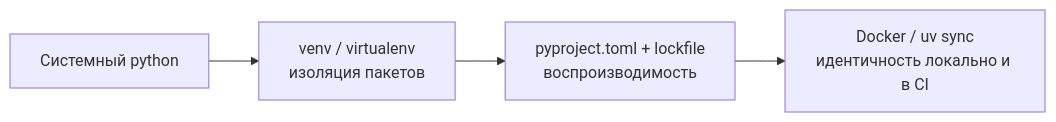
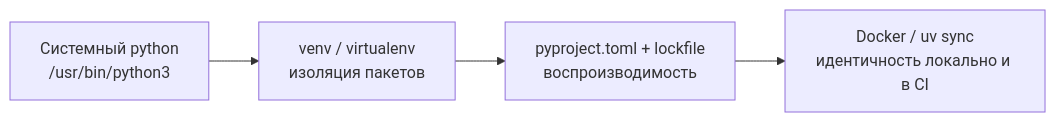
The diagram in docs/08-programming-python-go/02-python-environments-packaging.md (alisaalisaalisaalisas/doka), drawn with Mermaid before and after one commit. The commit also changed other lines of this file and 362 other files, not shown here.

````diff
--- a/docs/08-programming-python-go/02-python-environments-packaging.md
+++ b/docs/08-programming-python-go/02-python-environments-packaging.md
@@ -5,6 +7,6 @@
 ```mermaid
 flowchart LR
-    A["Системный python"] --> B["venv / virtualenv<br/>изоляция пакетов"]
+    A["Системный python<br/>/usr/bin/python3"] --> B["venv / virtualenv<br/>изоляция пакетов"]
     B --> C["pyproject.toml + lockfile<br/>воспроизводимость"]
     C --> D["Docker / uv sync<br/>идентичность локально и в CI"]
 ```
````
